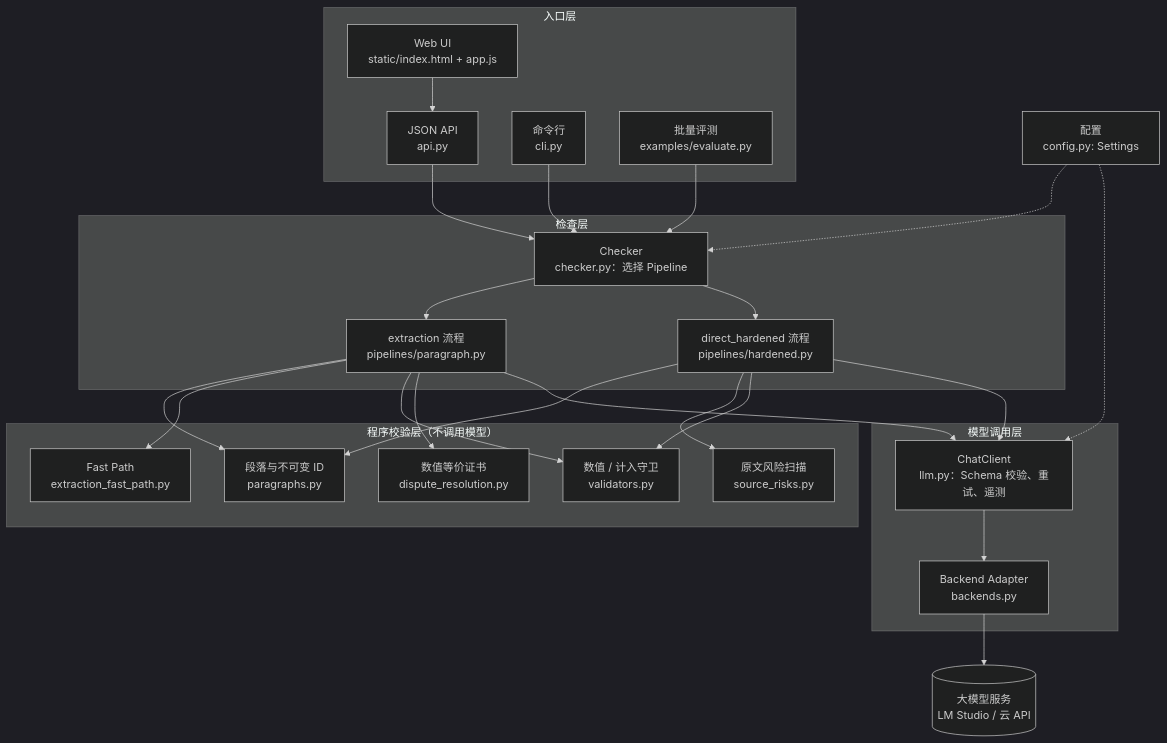
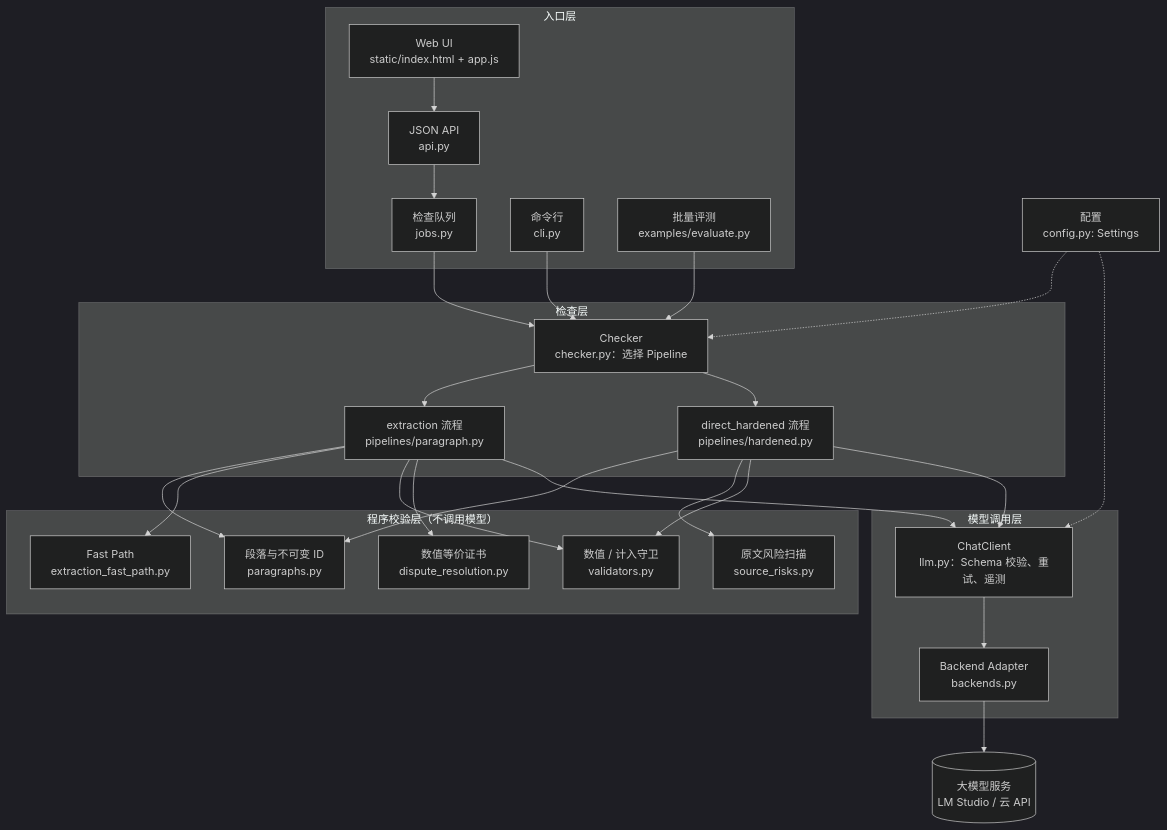
Before and after one commit to beijingrice/semantic-harness: the first of 5 diagrams in docs/architecture.md, drawn with Mermaid (dark theme). The commit also changed other lines of this file and 12 other files, not shown here.

First line of the commit message:
Web/API: background check jobs with a concurrency limit

````diff
--- a/docs/architecture.md
+++ b/docs/architecture.md
@@ -158,46 +163,47 @@
 ```mermaid
 flowchart TB
     subgraph 入口层
         WEB["Web UI<br/>static/index.html + app.js"]
         API["JSON API<br/>api.py"]
+        JOBS["检查队列<br/>jobs.py"]
         CLI["命令行<br/>cli.py"]
         EVAL["批量评测<br/>examples/evaluate.py"]
     end
 
     CFG["配置<br/>config.py: Settings"]
 
     subgraph 检查层
         CHK["Checker<br/>checker.py：选择 Pipeline"]
         EXT["extraction 流程<br/>pipelines/paragraph.py"]
         DIR["direct_hardened 流程<br/>pipelines/hardened.py"]
     end
 
     subgraph 程序校验层["程序校验层（不调用模型）"]
         PAR["段落与不可变 ID<br/>paragraphs.py"]
         FAST["Fast Path<br/>extraction_fast_path.py"]
         VAL["数值 / 计入守卫<br/>validators.py"]
         DIS["数值等价证书<br/>dispute_resolution.py"]
         RISK["原文风险扫描<br/>source_risks.py"]
     end
 
     subgraph 模型调用层
         LLM["ChatClient<br/>llm.py：Schema 校验、重试、遥测"]
         BK["Backend Adapter<br/>backends.py"]
     end
 
     MODEL[("大模型服务<br/>LM Studio / 云 API")]
 
     WEB --> API
-    API --> CHK
+    API --> JOBS --> CHK
     CLI --> CHK
     EVAL --> CHK
     CFG -.-> CHK
     CFG -.-> LLM
     CHK --> EXT
     CHK --> DIR
     EXT --> PAR & FAST & VAL & DIS
     DIR --> PAR & RISK & VAL
     EXT --> LLM
     DIR --> LLM
     LLM --> BK --> MODEL
 ```
````
